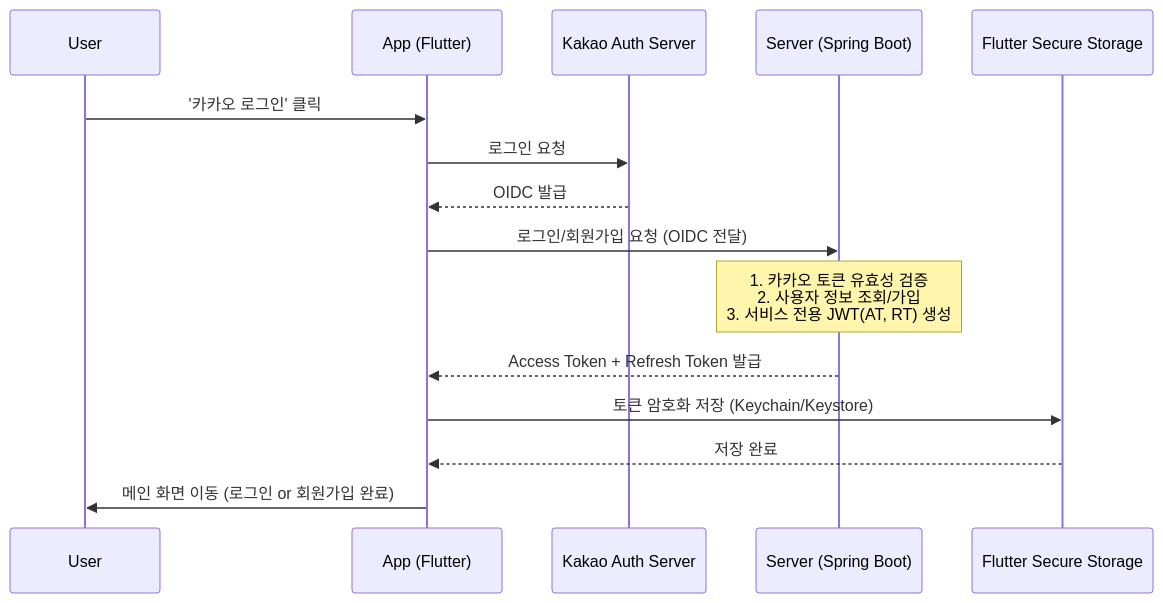
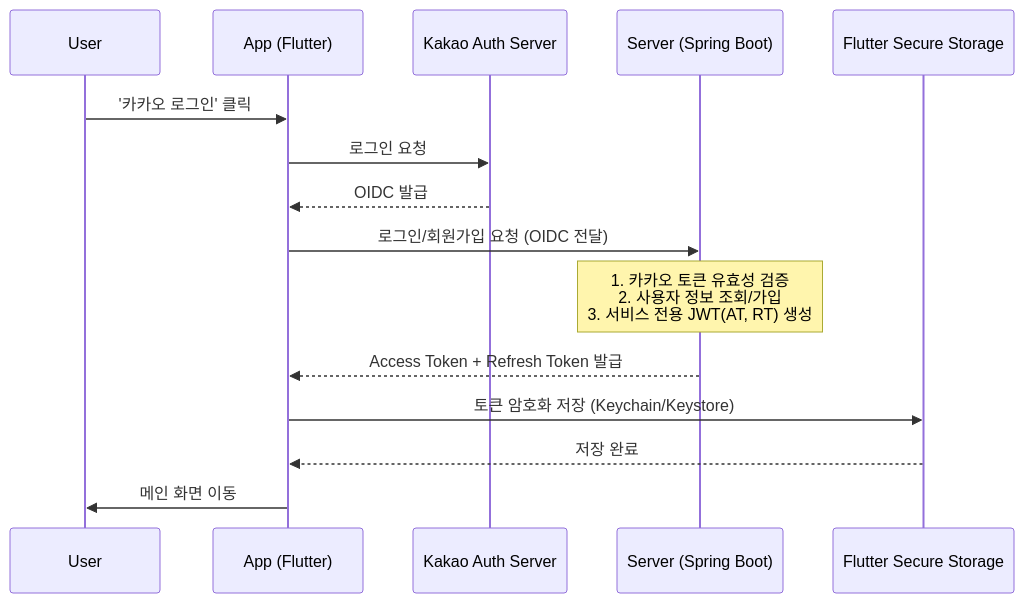
Before and after one commit to kdongsu5509/imhere_mobile: the first of 5 diagrams in README.md, drawn with Mermaid. The commit also changed other lines of this file and 16 other files, not shown here.

````diff
--- a/README.md
+++ b/README.md
@@ -98,18 +104,18 @@
 ```mermaid
 sequenceDiagram
     participant U as User
     participant A as App (Flutter)
     participant K as Kakao Auth Server
     participant S as Server (Spring Boot)
     participant DB as Flutter Secure Storage
 
     U->>A: '카카오 로그인' 클릭
     A->>K: 로그인 요청
     K-->>A: OIDC 발급
     A->>S: 로그인/회원가입 요청 (OIDC 전달)
     Note over S: 1. 카카오 토큰 유효성 검증<br/>2. 사용자 정보 조회/가입<br/>3. 서비스 전용 JWT(AT, RT) 생성
     S-->>A: Access Token + Refresh Token 발급
     A->>DB: 토큰 암호화 저장 (Keychain/Keystore)
     DB-->>A: 저장 완료
-    A->>U: 메인 화면 이동 (로그인 or 회원가입 완료)
+    A->>U: 메인 화면 이동
 ```
````
